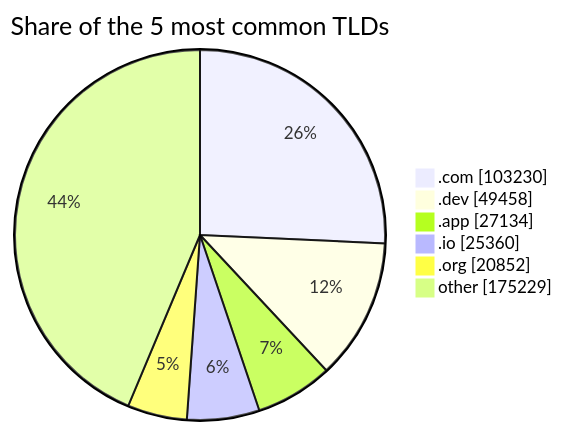
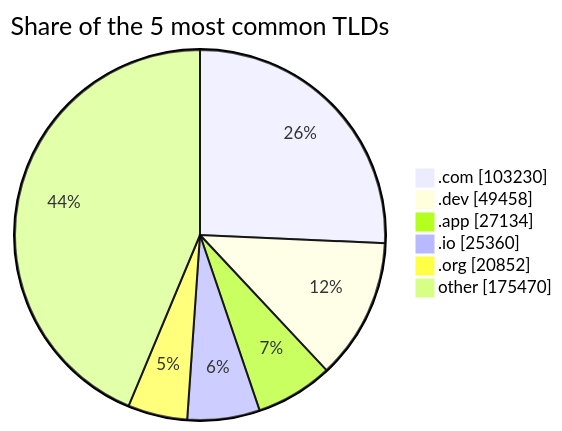
Before and after one commit to DNSBunker/CTI: the third of 3 diagrams in README.md, drawn with Mermaid. The commit also changed other lines of this file and 3 other files, not shown here.

````diff
--- a/README.md
+++ b/README.md
@@ -81,9 +81,9 @@
 ```mermaid
 pie showData title Share of the 5 most common TLDs
     ".com" : 103230
     ".dev" : 49458
     ".app" : 27134
     ".io" : 25360
     ".org" : 20852
-    "other" : 175229
+    "other" : 175470
 ```
````
